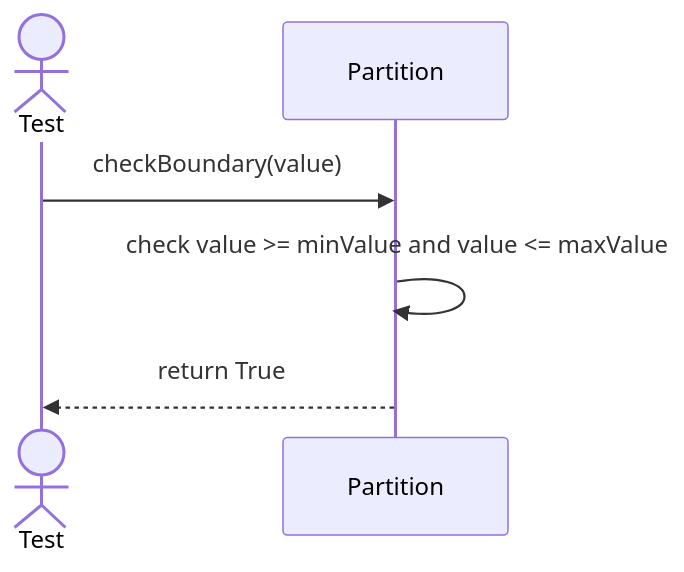
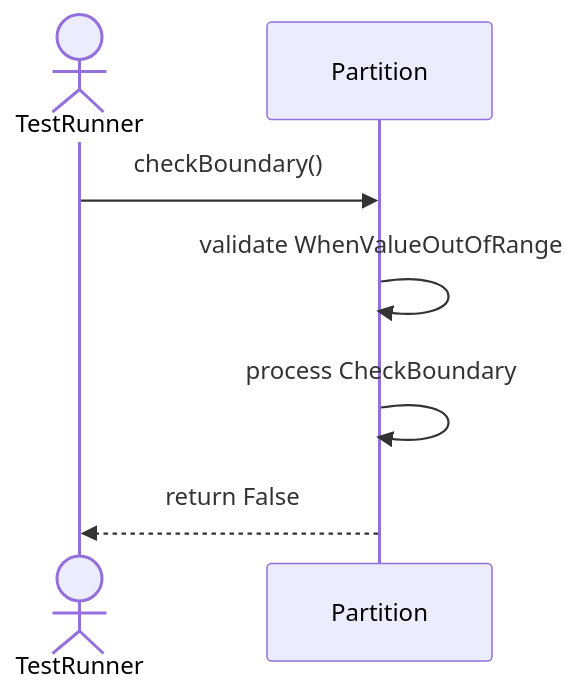
The third of 5 diagrams in Sequences/DatabaseObjectManagement/Partition.md (TamBui1706/DBMS), drawn with Mermaid before and after one commit. The commit also changed other lines of this file and 63 other files, not shown here.

Commit message:
Draw sequence diagram for unit tests

````diff
--- a/Sequences/DatabaseObjectManagement/Partition.md
+++ b/Sequences/DatabaseObjectManagement/Partition.md
@@ -26,9 +44,9 @@
 ```mermaid
 sequenceDiagram
-    actor Test
+    actor TestRunner
     participant Partition
-
-    Test->>Partition: checkBoundary(value)
-    Partition->>Partition: check value >= minValue and value <= maxValue
-    Partition-->>Test: return True
+    TestRunner->>Partition: checkBoundary()
+    Partition->>Partition: validate WhenValueOutOfRange
+    Partition->>Partition: process CheckBoundary
+    Partition-->>TestRunner: return False
 ```
````
